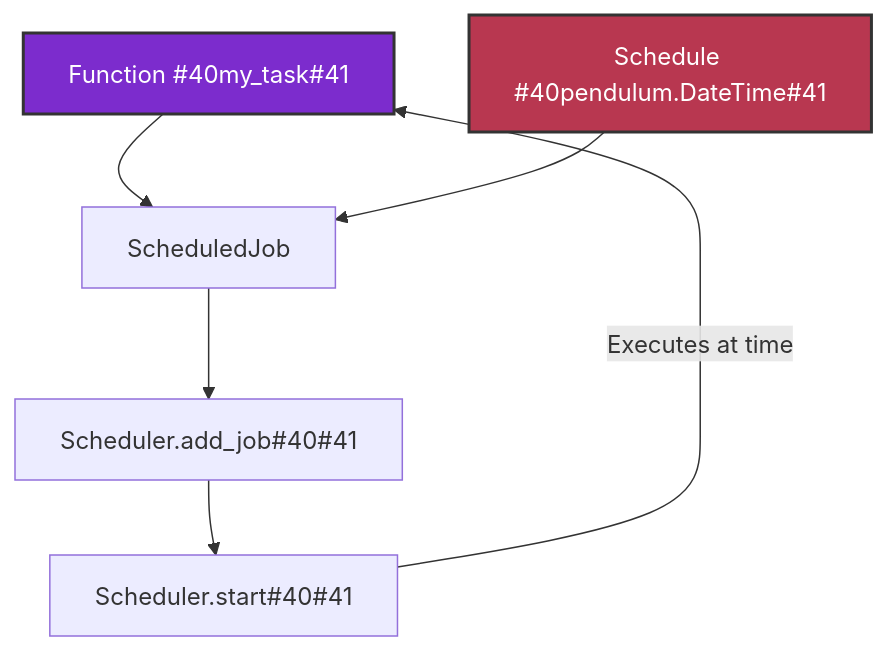
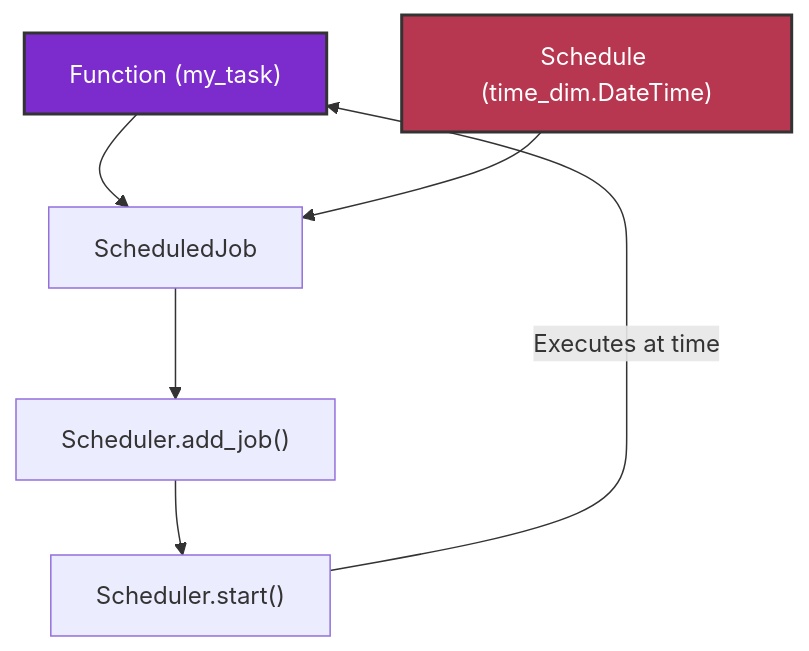
Before and after one commit to ikko/sym: the fifth of 5 diagrams in docs/readme_details/12_example_use/index.md, drawn with Mermaid. The commit also changed other lines of this file and 2 other files, not shown here.

Commit message:
mermaid encoding is tough

````diff
--- a/docs/readme_details/12_example_use/index.md
+++ b/docs/readme_details/12_example_use/index.md
@@ -175,12 +177,12 @@
 ```mermaid
 graph TD
-    A[Function #40my_task#41] --> B[ScheduledJob];
-    C[Schedule #40pendulum.DateTime#41] --> B;
-    B --> D[Scheduler.add_job#40#41];
-    D --> E[Scheduler.start#40#41];
+    A[Function #40;my_task#41;] --> B[ScheduledJob];
+    C[Schedule #40;time_dim.DateTime#41;] --> B;
+    B --> D[Scheduler.add_job#40;#41;];
+    D --> E[Scheduler.start#40;#41;];
     E -- "Executes at time" --> A;
-    style C fill:lighten#40#dfceac, 30%#41,stroke:#333,stroke-width:2px,color:#000000;
+    style C fill:#dfceac,stroke:#333,stroke-width:2px,color:#000000;
 
     style A fill:#7c2ccd,stroke:#333,stroke-width:2px,color:#FFFFFF;
     style C fill:#b83750,stroke:#333,stroke-width:2px,color:#FFFFFF;
 ```
````
